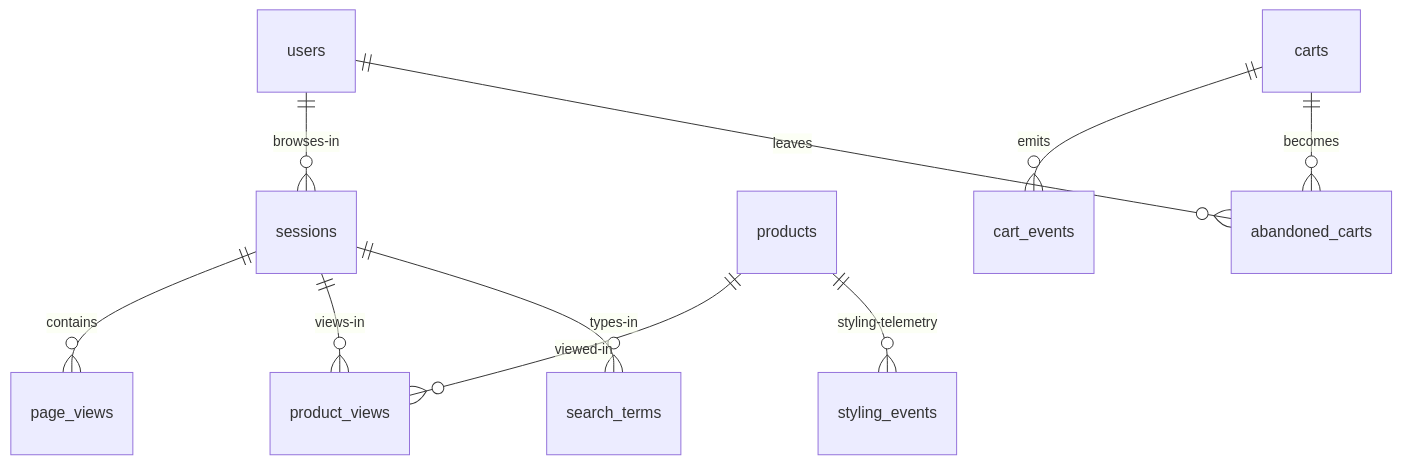
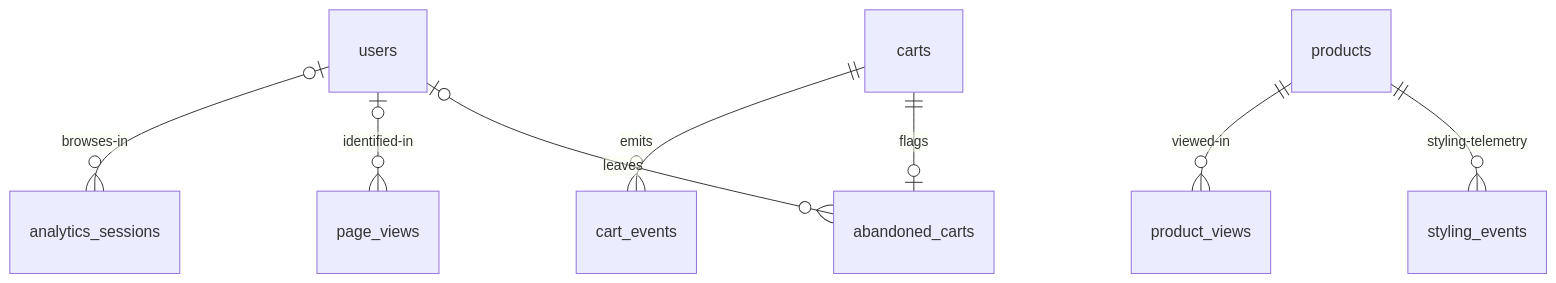
Before and after one commit to UnmarriedIdentity/the-unlugged-wear: the diagram in DOC/backend/10-Analytics.md, drawn with Mermaid. The commit also changed other lines of this file, not shown here.

First line of the commit message:
docs(db): document analytics_sessions, partitioning and event dedupe

````diff
--- a/DOC/backend/10-Analytics.md
+++ b/DOC/backend/10-Analytics.md
@@ -150,12 +190,10 @@
 ```mermaid
 erDiagram
-    users ||--o{ sessions : browses-in
-    sessions ||--o{ page_views : contains
-    sessions ||--o{ product_views : views-in
+    users |o--o{ analytics_sessions : browses-in
+    users |o--o{ page_views : identified-in
     products ||--o{ product_views : viewed-in
     carts ||--o{ cart_events : emits
-    carts ||--o{ abandoned_carts : becomes
-    users ||--o{ abandoned_carts : leaves
-    sessions ||--o{ search_terms : types-in
+    carts ||--o| abandoned_carts : flags
+    users |o--o{ abandoned_carts : leaves
     products ||--o{ styling_events : styling-telemetry
 ```
````
